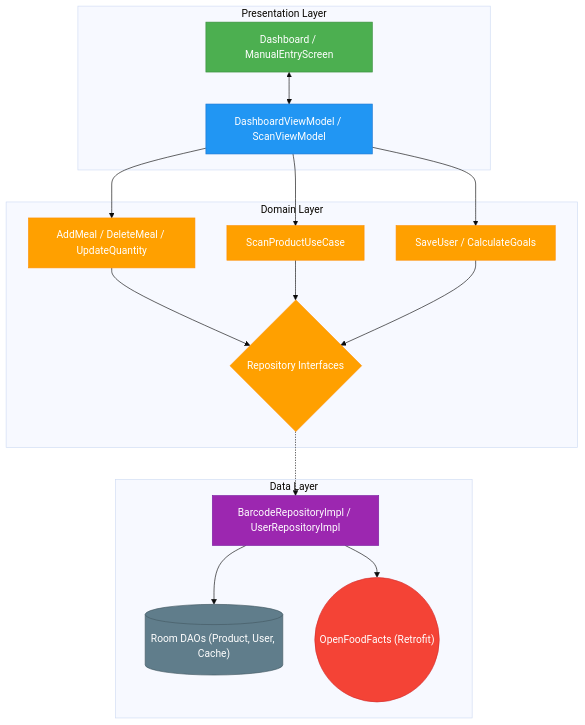
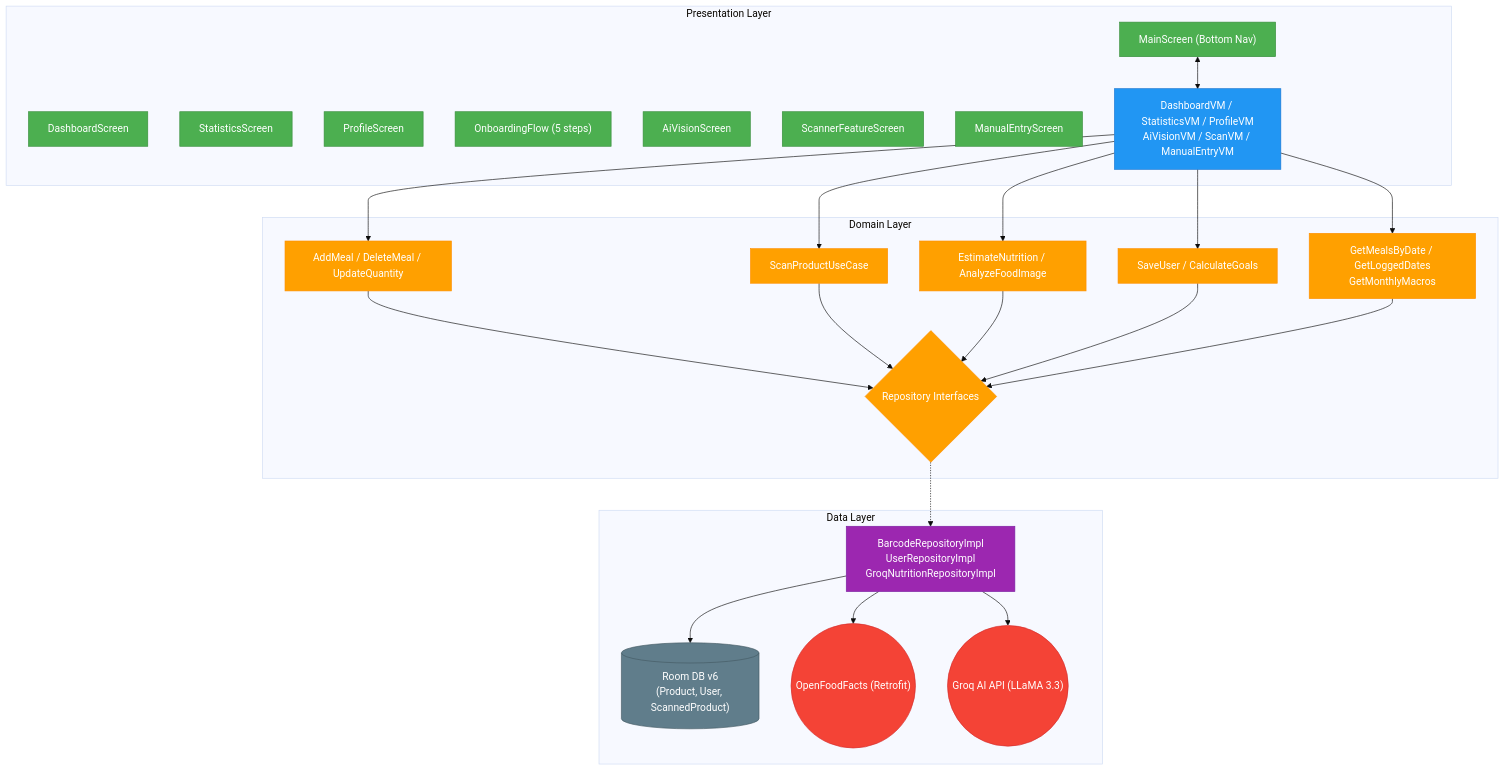
The diagram in README.md (saqibcheema/calourie_ai), drawn with Mermaid (base theme) before and after one commit. The commit also changed other lines of this file and 2 other files, not shown here.

Commit message:
docs: update documentation with screenshots, new screens (Statistics, Profile, AiVision, MainScreen), correct navigation graph, and 8 ViewModels

````diff
--- a/README.md
+++ b/README.md
@@ -45,36 +75,46 @@
 ```mermaid
 flowchart TD
     %% Define Styles
     classDef ui fill:#4CAF50,stroke:#388E3C,color:white;
     classDef viewmodel fill:#2196F3,stroke:#1976D2,color:white;
     classDef usecase fill:#FFA000,stroke:#FF8F00,color:white;
     classDef repo fill:#9C27B0,stroke:#7B1FA2,color:white;
     classDef local fill:#607D8B,stroke:#455A64,color:white;
     classDef remote fill:#F44336,stroke:#D32F2F,color:white;
 
     subgraph Presentation_Layer [Presentation Layer]
-        UI_Dashboard["Dashboard / ManualEntryScreen"]:::ui
-        VM_Main["DashboardViewModel / ScanViewModel"]:::viewmodel
-        UI_Dashboard <--> VM_Main
+        UI_Main["MainScreen (Bottom Nav)"]:::ui
+        UI_Dashboard["DashboardScreen"]:::ui
+        UI_Stats["StatisticsScreen"]:::ui
+        UI_Profile["ProfileScreen"]:::ui
+        UI_Onboarding["OnboardingFlow (5 steps)"]:::ui
+        UI_AiVision["AiVisionScreen"]:::ui
+        UI_Scanner["ScannerFeatureScreen"]:::ui
+        UI_Manual["ManualEntryScreen"]:::ui
+        VM_Main["DashboardVM / StatisticsVM / ProfileVM\nAiVisionVM / ScanVM / ManualEntryVM"]:::viewmodel
+        UI_Main <--> VM_Main
     end
 
     subgraph Domain_Layer [Domain Layer]
         UC_Meal["AddMeal / DeleteMeal / UpdateQuantity"]:::usecase
         UC_Scan["ScanProductUseCase"]:::usecase
+        UC_AI["EstimateNutrition / AnalyzeFoodImage"]:::usecase
         UC_User["SaveUser / CalculateGoals"]:::usecase
+        UC_Stats["GetMealsByDate / GetLoggedDates\nGetMonthlyMacros"]:::usecase
         Repo_Interface{"Repository Interfaces"}:::usecase
     end
 
     subgraph Data_Layer [Data Layer]
-        Repo_Impl["BarcodeRepositoryImpl / UserRepositoryImpl"]:::repo
-        DAO_Room[("Room DAOs (Product, User, Cache)")]:::local
-        API_Remote(("OpenFoodFacts (Retrofit)")):::remote
+        Repo_Impl["BarcodeRepositoryImpl\nUserRepositoryImpl\nGroqNutritionRepositoryImpl"]:::repo
+        DAO_Room[("Room DB v6\n(Product, User, ScannedProduct)")]:::local
+        API_Food(("OpenFoodFacts (Retrofit)")):::remote
+        API_Groq(("Groq AI API (LLaMA 3.3)")):::remote
     end
 
-    %% Workflow Flows
-    VM_Main --> UC_Meal & UC_Scan & UC_User
-    UC_Meal & UC_Scan & UC_User --> Repo_Interface
+    VM_Main --> UC_Meal & UC_Scan & UC_AI & UC_User & UC_Stats
+    UC_Meal & UC_Scan & UC_AI & UC_User & UC_Stats --> Repo_Interface
     Repo_Interface -.-> Repo_Impl
     Repo_Impl --> DAO_Room
-    Repo_Impl --> API_Remote
+    Repo_Impl --> API_Food
+    Repo_Impl --> API_Groq
 ```
````
